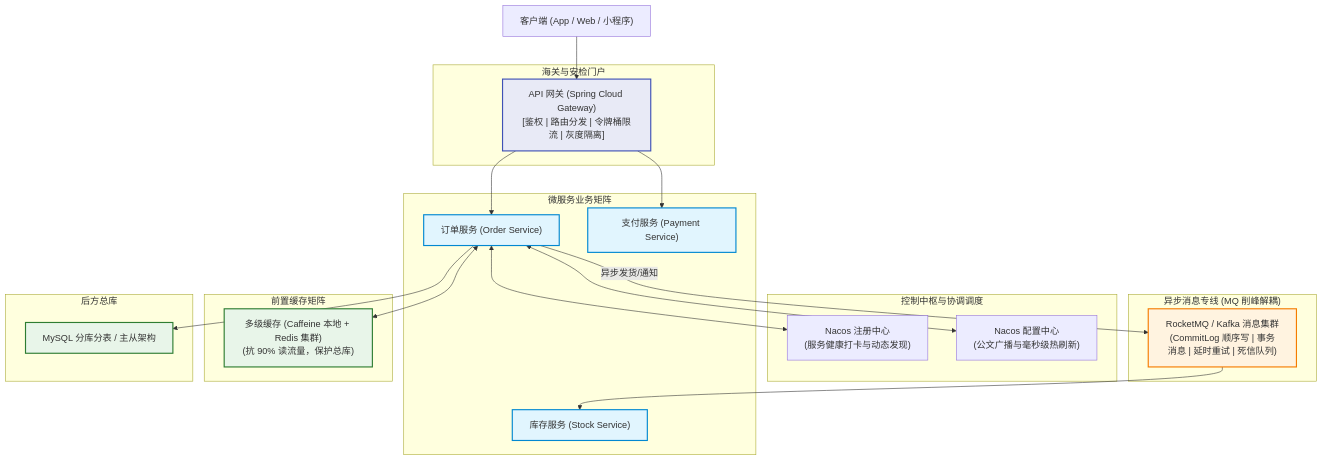
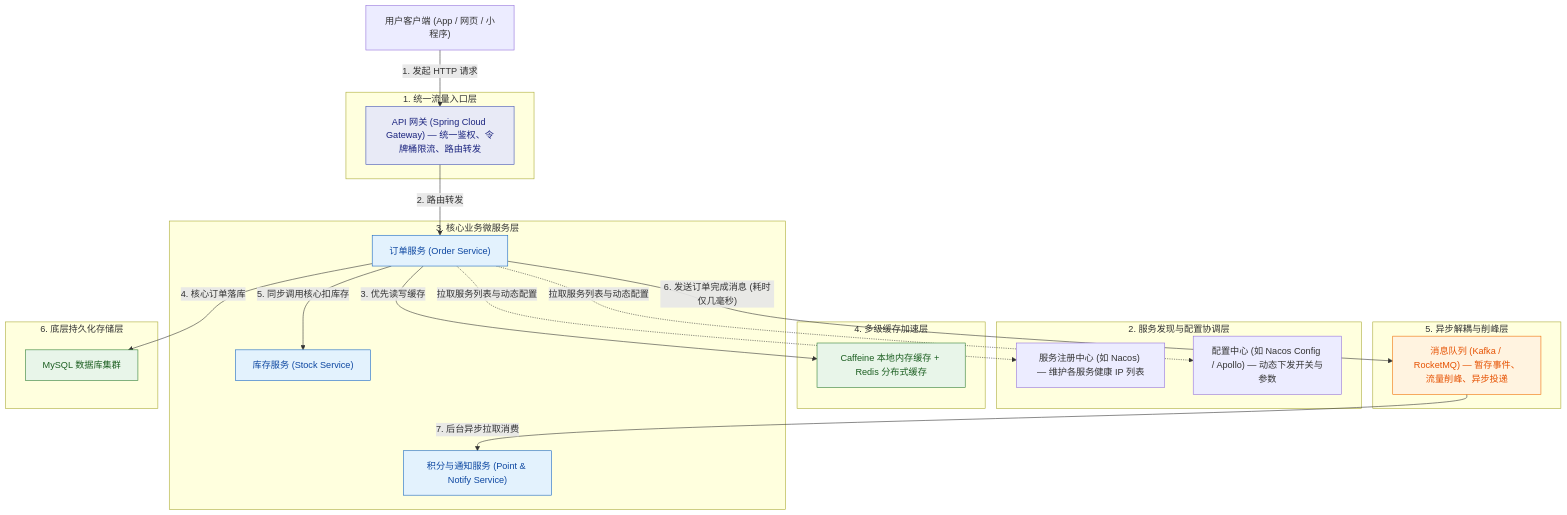
Before and after one commit to GuoWWWX/knowledge-base: the diagram in 20-Java后端/06-中间件/00-中间件全景与心智模型.md, drawn with Mermaid. The commit also changed other lines of this file and 251 other files, not shown here.

````diff
--- a/20-Java后端/06-中间件/00-中间件全景与心智模型.md
+++ b/20-Java后端/06-中间件/00-中间件全景与心智模型.md
@@ -40,48 +42,49 @@
 ```mermaid
 flowchart TD
-    Client["客户端 (App / Web / 小程序)"]
-    
-    subgraph 入口海关["海关与安检门户"]
-        GW["API 网关 (Spring Cloud Gateway)\n[鉴权 | 路由分发 | 令牌桶限流 | 灰度隔离]"]
+    Client["用户客户端 (App / 网页 / 小程序)"]
+
+    subgraph Entry["1. 统一流量入口层"]
+        GW["API 网关 (Spring Cloud Gateway) — 统一鉴权、令牌桶限流、路由转发"]
     end
 
-    subgraph 微服务集群["微服务业务矩阵"]
+    subgraph Control["2. 服务发现与配置协调层"]
+        Registry["服务注册中心 (如 Nacos) — 维护各服务健康 IP 列表"]
+        Config["配置中心 (如 Nacos Config / Apollo) — 动态下发开关与参数"]
+    end
+
+    subgraph Biz["3. 核心业务微服务层"]
         OrderSvc["订单服务 (Order Service)"]
         StockSvc["库存服务 (Stock Service)"]
-        PaySvc["支付服务 (Payment Service)"]
+        PointSvc["积分与通知服务 (Point & Notify Service)"]
     end
 
-    subgraph 控制中枢["控制中枢与协调调度"]
-        NacosReg["Nacos 注册中心\n(服务健康打卡与动态发现)"]
-        NacosConfig["Nacos 配置中心\n(公文广播与毫秒级热刷新)"]
+    subgraph CacheLayer["4. 多级缓存加速层"]
+        Cache["Caffeine 本地内存缓存 + Redis 分布式缓存"]
     end
 
-    subgraph 专线物流中转站["异步消息专线 (MQ 削峰解耦)"]
-        RocketMQ["RocketMQ / Kafka 消息集群\n(CommitLog 顺序写 | 事务消息 | 延时重试 | 死信队列)"]
+    subgraph AsyncLayer["5. 异步解耦与削峰层"]
+        MQ["消息队列 (Kafka / RocketMQ) — 暂存事件、流量削峰、异步投递"]
     end
 
-    subgraph 前置速提专柜["前置缓存矩阵"]
-        RedisCluster["多级缓存 (Caffeine 本地 + Redis 集群)\n(抗 90% 读流量，保护总库)"]
+    subgraph Storage["6. 底层持久化存储层"]
+        DB["MySQL 数据库集群"]
     end
 
-    subgraph 后方总仓["后方总库"]
-        MySQL["MySQL 分库分表 / 主从架构"]
-    end
+    Client -->|"1. 发起 HTTP 请求"| GW
+    GW -->|"2. 路由转发"| OrderSvc
+    OrderSvc -.->|"拉取服务列表与动态配置"| Registry & Config
+    OrderSvc -->|"3. 优先读写缓存"| Cache
+    OrderSvc -->|"4. 核心订单落库"| DB
+    OrderSvc -->|"5. 同步调用核心扣库存"| StockSvc
+    OrderSvc -->|"6. 发送订单完成消息 (耗时仅几毫秒)"| MQ
+    MQ -->|"7. 后台异步拉取消费"| PointSvc
 
-    Client --> GW
-    GW --> OrderSvc & PaySvc
-    OrderSvc <--> NacosReg & NacosConfig
-    OrderSvc <--> RedisCluster
-    OrderSvc -->|"异步发货/通知"| RocketMQ
-    RocketMQ --> StockSvc
-    OrderSvc --> MySQL
-
-    classDef gateway fill:#e8eaf6,stroke:#3f51b5,stroke-width:2px;
-    classDef service fill:#e1f5fe,stroke:#0288d1,stroke-width:2px;
-    classDef mq fill:#fff3e0,stroke:#f57c00,stroke-width:2px;
-    classDef storage fill:#e8f5e9,stroke:#2e7d32,stroke-width:2px;
-    class GW gateway;
-    class OrderSvc,StockSvc,PaySvc service;
-    class RocketMQ mq;
-    class RedisCluster,MySQL storage;
+    classDef entry fill:#e8eaf6,stroke:#3f51b5,color:#1a237e
+    classDef biz fill:#e3f2fd,stroke:#1565c0,color:#0d47a1
+    classDef mq fill:#fff3e0,stroke:#ef6c00,color:#e65100
+    classDef storage fill:#e8f5e9,stroke:#2e7d32,color:#1b5e20
+    class GW entry
+    class OrderSvc,StockSvc,PointSvc biz
+    class MQ mq
+    class Cache,DB storage
 ```
````
